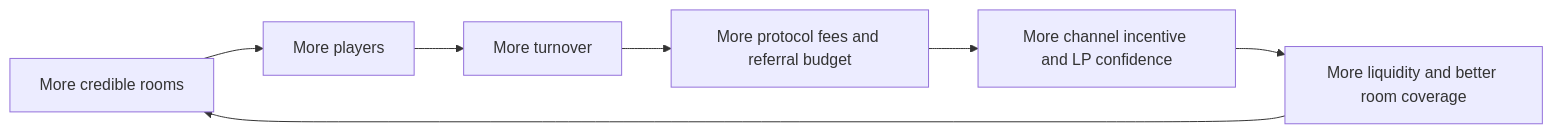
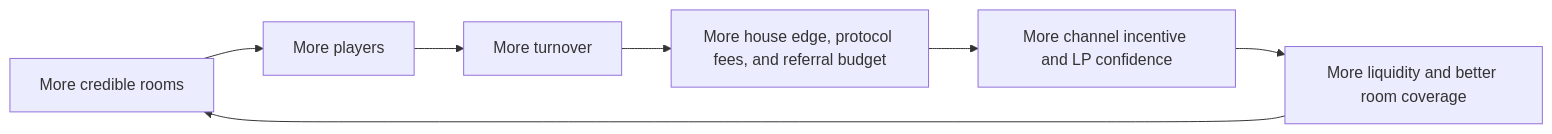
The diagram in docs/WHITEPAPER.product.zh-CN.md (arbigamefi/ssot_BBOG), drawn with Mermaid before and after one commit. The commit also changed other lines of this file and 488 other files, not shown here.

````diff
--- a/docs/WHITEPAPER.product.zh-CN.md
+++ b/docs/WHITEPAPER.product.zh-CN.md
@@ -300,9 +300,9 @@
 ```mermaid
 flowchart LR
     A["More credible rooms"] --> B["More players"]
     B --> C["More turnover"]
-    C --> D["More protocol fees and referral budget"]
+    C --> D["More house edge, protocol fees, and referral budget"]
     D --> E["More channel incentive and LP confidence"]
     E --> F["More liquidity and better room coverage"]
     F --> A
 ```
````
